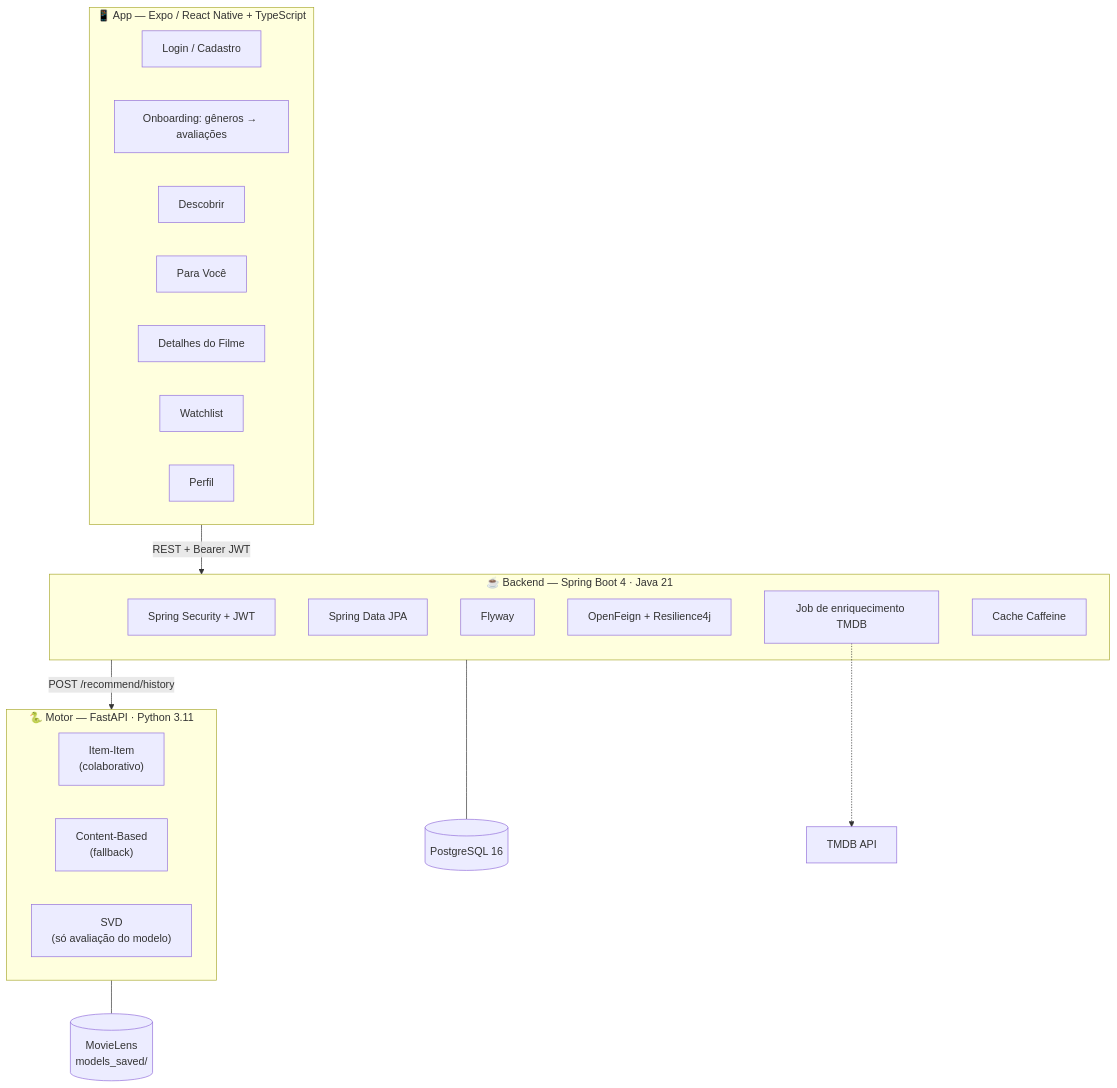
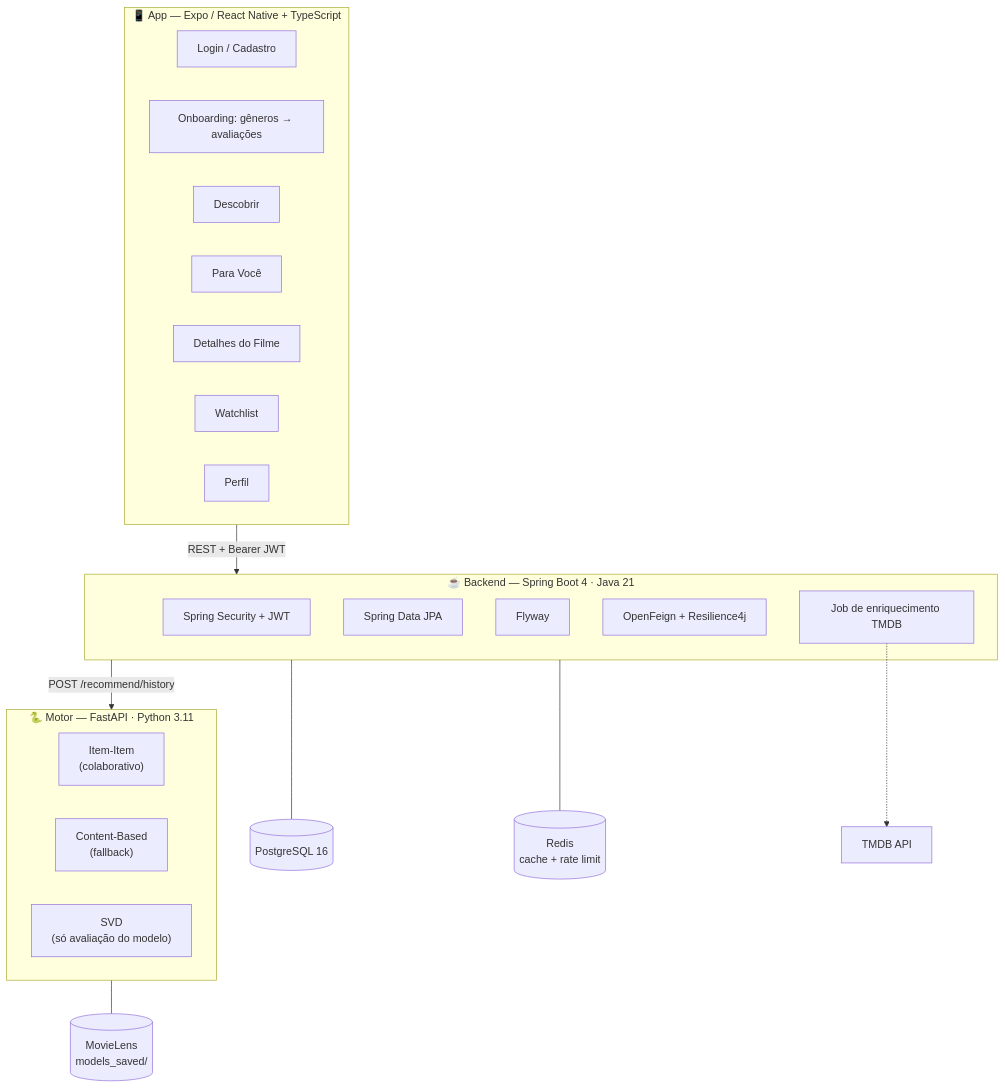
One commit to fpp-7/nextScene changed the first of 3 diagrams in docs/project_overview.md. Above: the diagram before and after it, drawn with Mermaid. The commit also changed other lines of this file and 64 other files, not shown here.

````diff
--- a/docs/project_overview.md
+++ b/docs/project_overview.md
@@ -11,36 +11,37 @@
 ```mermaid
 graph TB
     subgraph APP["📱 App — Expo / React Native + TypeScript"]
         L[Login / Cadastro]
         ON[Onboarding: gêneros → avaliações]
         DI[Descobrir]
         REC[Para Você]
         MD[Detalhes do Filme]
         WL[Watchlist]
         PR[Perfil]
     end
 
     subgraph BE["☕ Backend — Spring Boot 4 · Java 21"]
         SEC["Spring Security + JWT"]
         JPA["Spring Data JPA"]
         FLY["Flyway"]
         FEIGN["OpenFeign + Resilience4j"]
         JOB["Job de enriquecimento TMDB"]
-        CACHE["Cache Caffeine"]
     end
 
     subgraph RE["🐍 Motor — FastAPI · Python 3.11"]
         II["Item-Item<br/>(colaborativo)"]
         CB["Content-Based<br/>(fallback)"]
         SVD["SVD<br/>(só avaliação do modelo)"]
     end
 
     DB[("PostgreSQL 16")]
+    REDIS[("Redis<br/>cache + rate limit")]
     TMDB["TMDB API"]
 
     APP -->|"REST + Bearer JWT"| BE
     BE -->|"POST /recommend/history"| RE
     BE --- DB
+    BE --- REDIS
     JOB -.-> TMDB
     RE --- DATA[("MovieLens<br/>models_saved/")]
 ```
````
